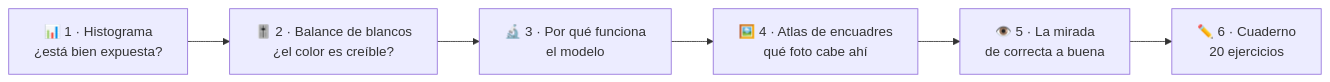
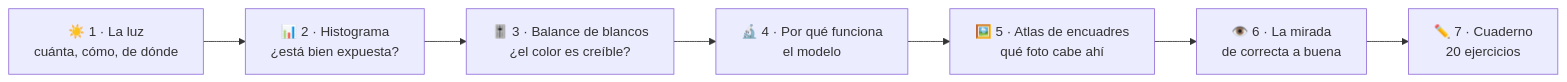
The diagram in conceptos/README.md (morandeirachema/Foto), drawn with Mermaid before and after one commit. The commit also changed other lines of this file and 39 other files, not shown here.

````diff
--- a/conceptos/README.md
+++ b/conceptos/README.md
@@ -21,8 +21,9 @@
 ```mermaid
 flowchart LR
-    A["📊 1 · Histograma<br/>¿está bien expuesta?"] --> B["🎚️ 2 · Balance de blancos<br/>¿el color es creíble?"]
-    B --> C["🔬 3 · Por qué funciona<br/>el modelo"]
-    C --> D["🖼️ 4 · Atlas de encuadres<br/>qué foto cabe ahí"]
-    D --> E["👁️ 5 · La mirada<br/>de correcta a buena"]
-    E --> F["✏️ 6 · Cuaderno<br/>20 ejercicios"]
+    L["☀️ 1 · La luz<br/>cuánta, cómo, de dónde"] --> A["📊 2 · Histograma<br/>¿está bien expuesta?"]
+    A --> B["🎚️ 3 · Balance de blancos<br/>¿el color es creíble?"]
+    B --> C["🔬 4 · Por qué funciona<br/>el modelo"]
+    C --> D["🖼️ 5 · Atlas de encuadres<br/>qué foto cabe ahí"]
+    D --> E["👁️ 6 · La mirada<br/>de correcta a buena"]
+    E --> F["✏️ 7 · Cuaderno<br/>20 ejercicios"]
 ```
````
